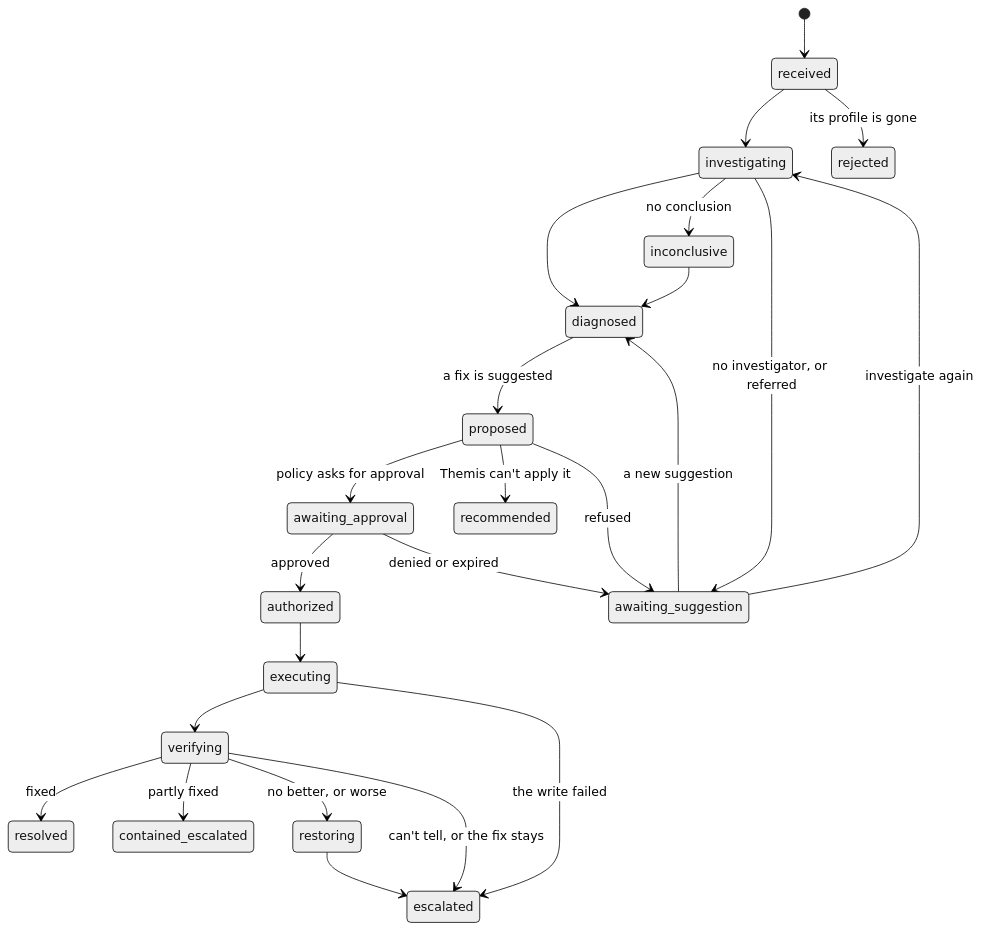
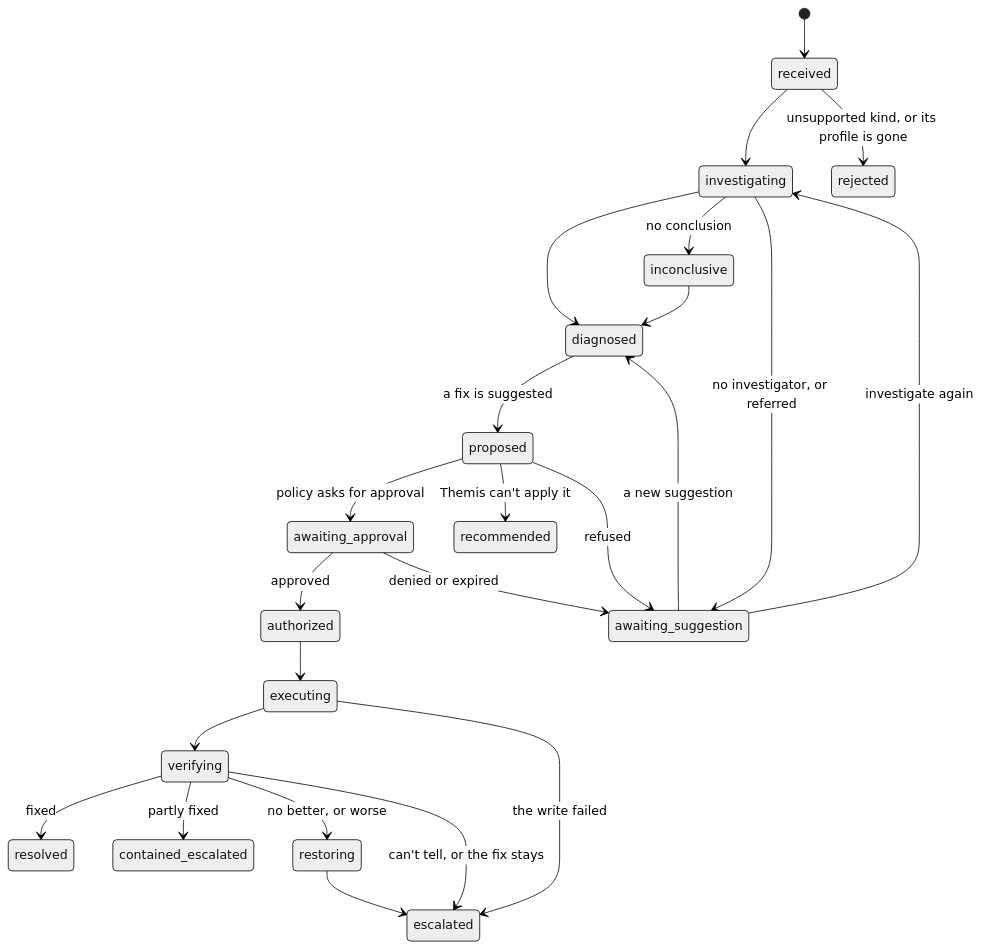
Before and after one commit to hzerrad/themis: the fourth of 6 diagrams in docs/architecture.md, drawn with Mermaid (neutral theme).

Commit message:
Say an unsupported kind also rejects an incident in the state diagram (#142)

````diff
--- a/docs/architecture.md
+++ b/docs/architecture.md
@@ -119,26 +119,26 @@
 ```mermaid
 stateDiagram-v2
   [*] --> received
   received --> investigating
-  received --> rejected: its profile is gone
+  received --> rejected: unsupported kind, or its profile is gone
   investigating --> diagnosed
   investigating --> inconclusive: no conclusion
   investigating --> awaiting_suggestion: no investigator, or referred
   inconclusive --> diagnosed
   diagnosed --> proposed: a fix is suggested
   proposed --> awaiting_approval: policy asks for approval
   proposed --> recommended: Themis can't apply it
   proposed --> awaiting_suggestion: refused
   awaiting_approval --> authorized: approved
   awaiting_approval --> awaiting_suggestion: denied or expired
   awaiting_suggestion --> diagnosed: a new suggestion
   awaiting_suggestion --> investigating: investigate again
   authorized --> executing
   executing --> verifying
   executing --> escalated: the write failed
   verifying --> resolved: fixed
   verifying --> contained_escalated: partly fixed
   verifying --> restoring: no better, or worse
   verifying --> escalated: can't tell, or the fix stays
   restoring --> escalated
 ```
````
